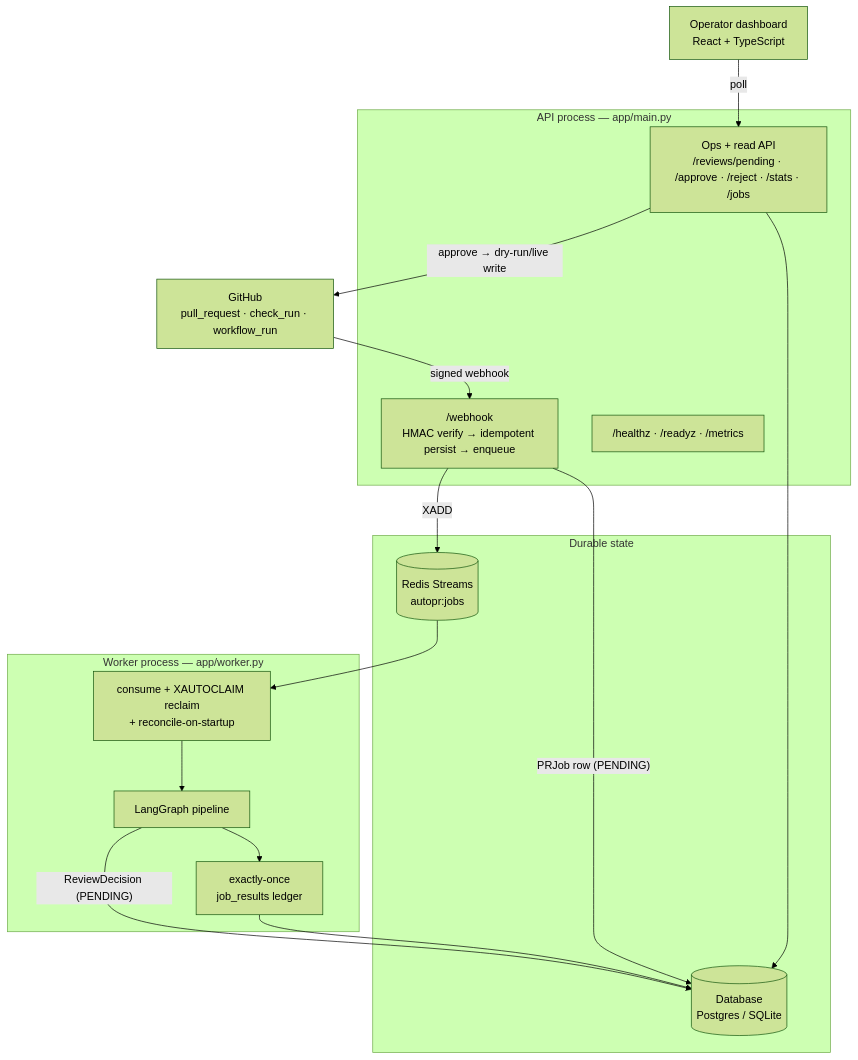
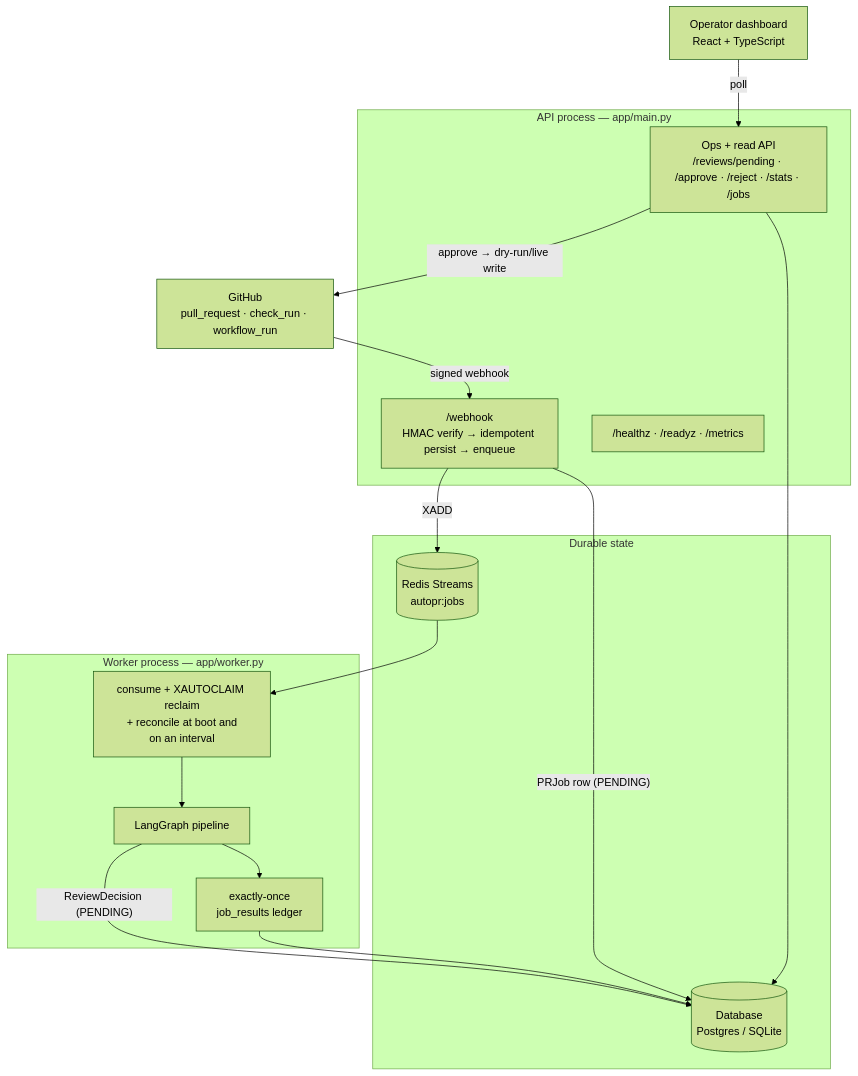
Before and after one commit to sheikhayaan/AUTOPR: the first of 5 diagrams in docs/architecture.md, drawn with Mermaid (forest theme). The commit also changed other lines of this file and 52 other files, not shown here.

````diff
--- a/docs/architecture.md
+++ b/docs/architecture.md
@@ -16,35 +16,35 @@
 ```mermaid
 flowchart TB
     GH["GitHub<br/>pull_request · check_run · workflow_run"]
 
     subgraph API["API process — app/main.py"]
         WH["/webhook<br/>HMAC verify → idempotent persist → enqueue"]
         OPS["Ops + read API<br/>/reviews/pending · /approve · /reject · /stats · /jobs"]
         HEALTH["/healthz · /readyz · /metrics"]
     end
 
     subgraph DATA["Durable state"]
         DB[("Database<br/>Postgres / SQLite")]
         REDIS[("Redis Streams<br/>autopr:jobs")]
     end
 
     subgraph WORKER["Worker process — app/worker.py"]
-        CONSUME["consume + XAUTOCLAIM reclaim<br/>+ reconcile-on-startup"]
+        CONSUME["consume + XAUTOCLAIM reclaim<br/>+ reconcile at boot and<br/>on an interval"]
         GRAPH["LangGraph pipeline"]
         LEDGER["exactly-once<br/>job_results ledger"]
     end
 
     UI["Operator dashboard<br/>React + TypeScript"]
 
     GH -- "signed webhook" --> WH
     WH -- "PRJob row (PENDING)" --> DB
     WH -- "XADD" --> REDIS
     REDIS --> CONSUME
     CONSUME --> GRAPH
     GRAPH --> LEDGER
     LEDGER --> DB
     GRAPH -- "ReviewDecision (PENDING)" --> DB
     UI -- "poll" --> OPS
     OPS --> DB
     OPS -- "approve → dry-run/live write" --> GH
 ```
````
